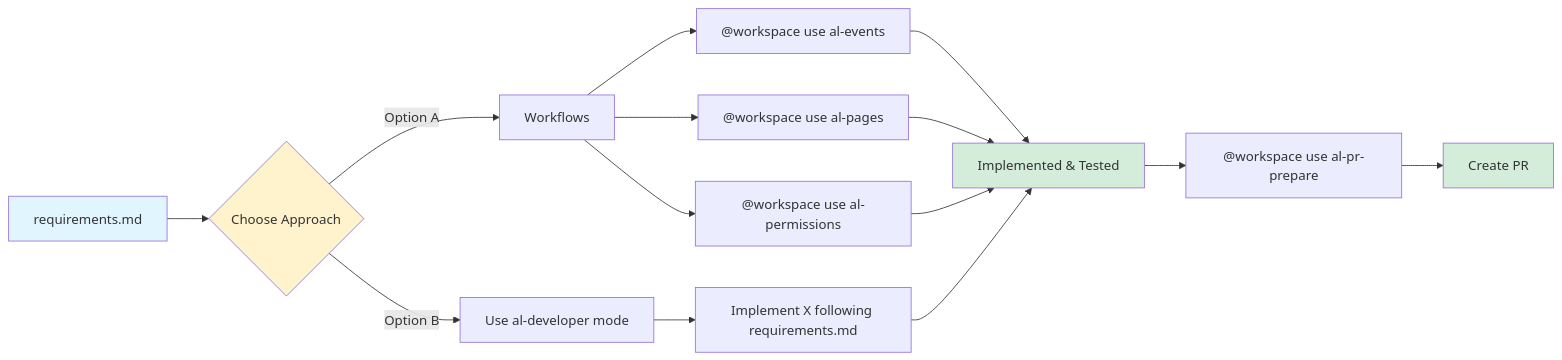
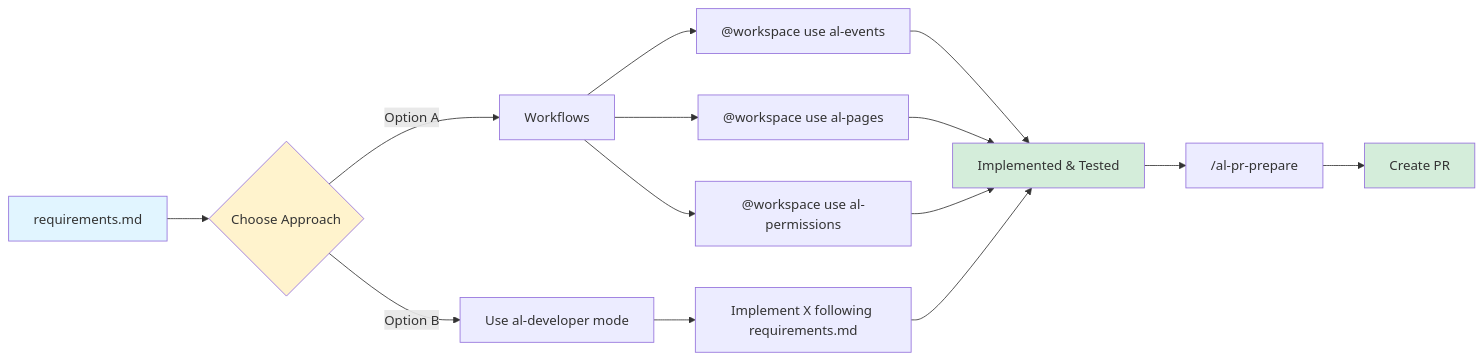
The second of 4 diagrams in docs/workflows/complete-development-flow.md (javiarmesto/ALDC-AL-Development-Collection), drawn with Mermaid before and after one commit. The commit also changed other lines of this file and 32 other files, not shown here.

````diff
--- a/docs/workflows/complete-development-flow.md
+++ b/docs/workflows/complete-development-flow.md
@@ -201,25 +201,25 @@
 ```mermaid
 graph LR
     A[requirements.md] --> B{Choose Approach}
     
     B -->|Option A| C[Workflows]
     C --> C1["@workspace use al-events"]
     C --> C2["@workspace use al-pages"]
     C --> C3["@workspace use al-permissions"]
     
     B -->|Option B| D[Use al-developer mode]
     D --> D1["Implement X following requirements.md"]
     
     C1 --> E[Implemented & Tested]
     C2 --> E
     C3 --> E
     D1 --> E
     
-    E --> F["@workspace use al-pr-prepare"]
+    E --> F["/al-pr-prepare"]
     F --> G[Create PR]
     
     style A fill:#e1f5ff
     style B fill:#fff3cd
     style E fill:#d4edda
     style G fill:#d4edda
 ```
````
